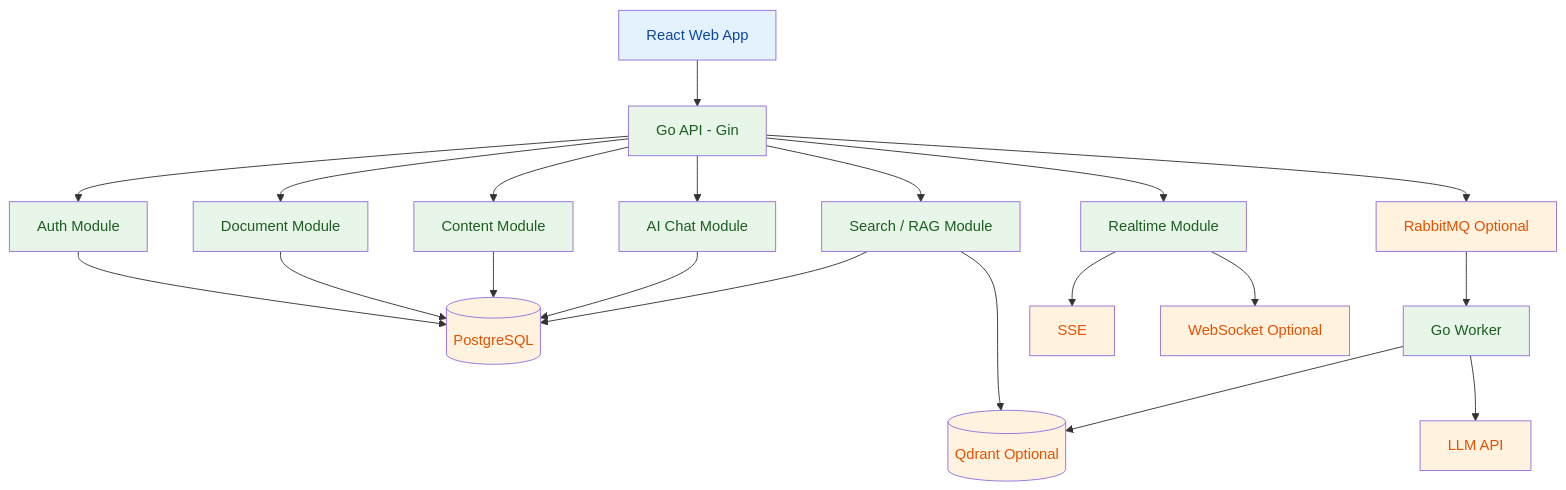
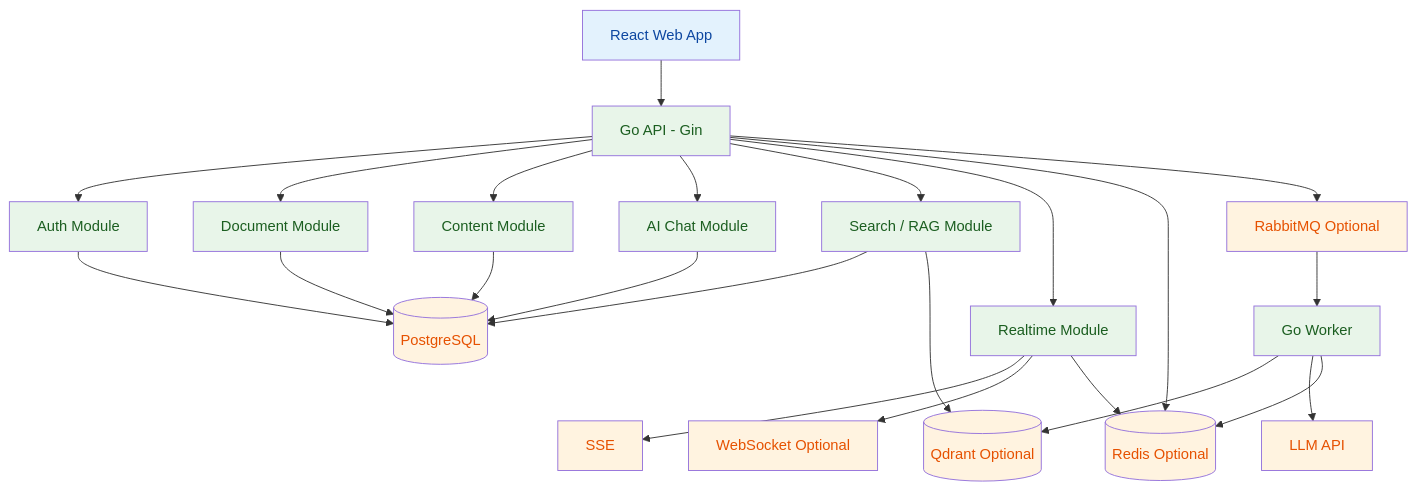
Before and after one commit to HaveNiceDa/My-Notion-Go: the first of 3 diagrams in docs/architecture-plan.md, drawn with Mermaid. The commit also changed other lines of this file, not shown here.

````diff
--- a/docs/architecture-plan.md
+++ b/docs/architecture-plan.md
@@ -25,32 +25,35 @@
 ```mermaid
 flowchart TD
     Web[React Web App] --> API[Go API - Gin]
     API --> Auth[Auth Module]
     API --> Doc[Document Module]
     API --> Editor[Content Module]
     API --> Chat[AI Chat Module]
     API --> Search[Search / RAG Module]
     API --> Realtime[Realtime Module]
 
     Auth --> PG[(PostgreSQL)]
     Doc --> PG
     Editor --> PG
     Chat --> PG
     Search --> PG
     Search --> QD[(Qdrant Optional)]
+    API --> Redis[(Redis Optional)]
 
     API --> MQ[RabbitMQ Optional]
     MQ --> Worker[Go Worker]
     Worker --> QD
     Worker --> LLM[LLM API]
+    Worker --> Redis
 
     Realtime --> SSE[SSE]
     Realtime --> WS[WebSocket Optional]
+    Realtime --> Redis
 
     classDef frontend fill:#e3f2fd,color:#0d47a1
     classDef backend fill:#e8f5e9,color:#1b5e20
     classDef infra fill:#fff3e0,color:#e65100
     class Web frontend
     class API,Auth,Doc,Editor,Chat,Search,Realtime,Worker backend
-    class PG,QD,MQ,LLM,SSE,WS infra
+    class PG,QD,Redis,MQ,LLM,SSE,WS infra
 ```
````
